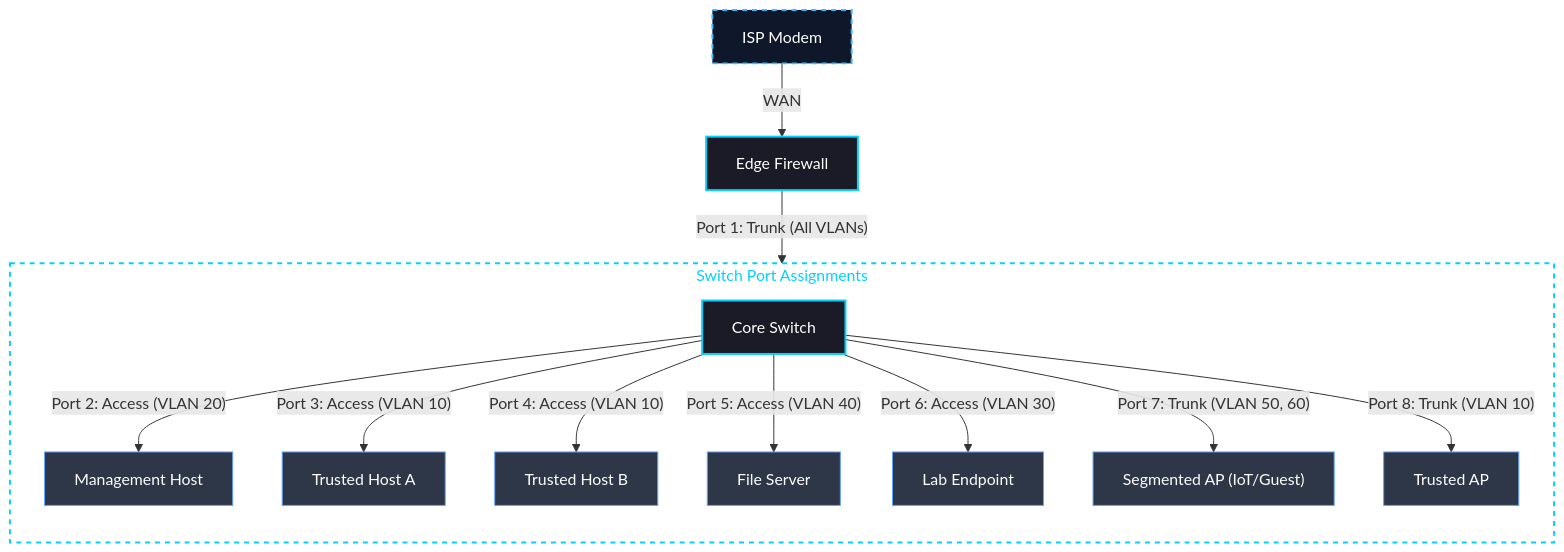
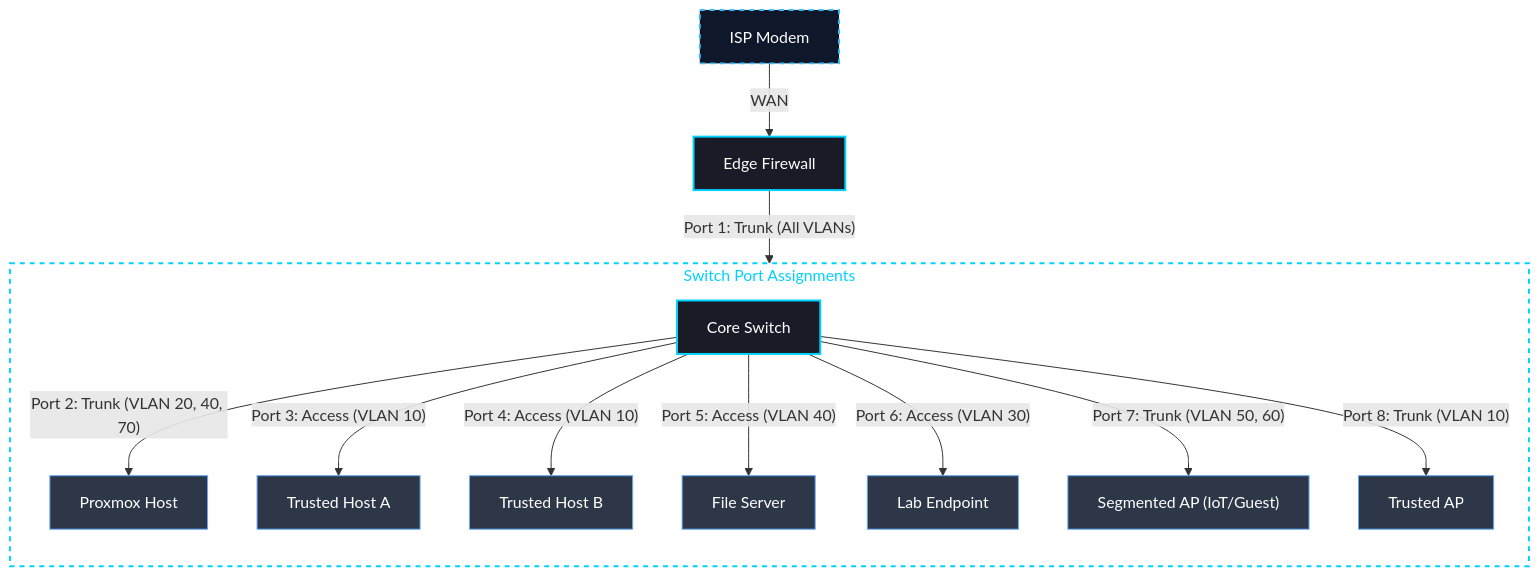
The diagram in network-core/switch-config/vlan-setup.md (gurvinny/home-network-lab), drawn with Mermaid before and after one commit. The commit also changed other lines of this file and 5 other files, not shown here.

````diff
--- a/network-core/switch-config/vlan-setup.md
+++ b/network-core/switch-config/vlan-setup.md
@@ -17,23 +17,23 @@
 ```mermaid
 graph TB
     %% Cyber Sec Grey/Blue Theme
     classDef internet fill:#0f172a,stroke:#38bdf8,stroke-width:2px,color:#ffffff,stroke-dasharray: 5 5;
     classDef firewall fill:#1a1b26,stroke:#00d2ff,stroke-width:2px,color:#ffffff;
     classDef device fill:#2d3748,stroke:#60a5fa,stroke-width:1px,color:#ffffff;
     classDef zone fill:#00000000,stroke:#00d2ff,stroke-width:2px,color:#00d2ff,stroke-dasharray: 5 5;
 
     ISP["ISP Modem"]:::internet -->|"WAN"| FW["Edge Firewall"]:::firewall
     FW -->|"Port 1: Trunk (All VLANs)"| SW["Core Switch"]:::firewall
 
     subgraph Port_Assignments ["Switch Port Assignments"]
         direction TB
-        SW -->|"Port 2: Access (VLAN 20)"| MgmtHost["Management Host"]:::device
+        SW -->|"Port 2: Trunk (VLAN 20, 40, 70)"| ProxmoxHost["Proxmox Host"]:::device
         SW -->|"Port 3: Access (VLAN 10)"| TrustedHost1["Trusted Host A"]:::device
         SW -->|"Port 4: Access (VLAN 10)"| TrustedHost2["Trusted Host B"]:::device
         SW -->|"Port 5: Access (VLAN 40)"| FileServer["File Server"]:::device
         SW -->|"Port 6: Access (VLAN 30)"| LabEndpoint["Lab Endpoint"]:::device
         SW -->|"Port 7: Trunk (VLAN 50, 60)"| SegmentedAP["Segmented AP (IoT/Guest)"]:::device
         SW -->|"Port 8: Trunk (VLAN 10)"| TrustedAP["Trusted AP"]:::device
     end
     class Port_Assignments zone;
 ```
````
